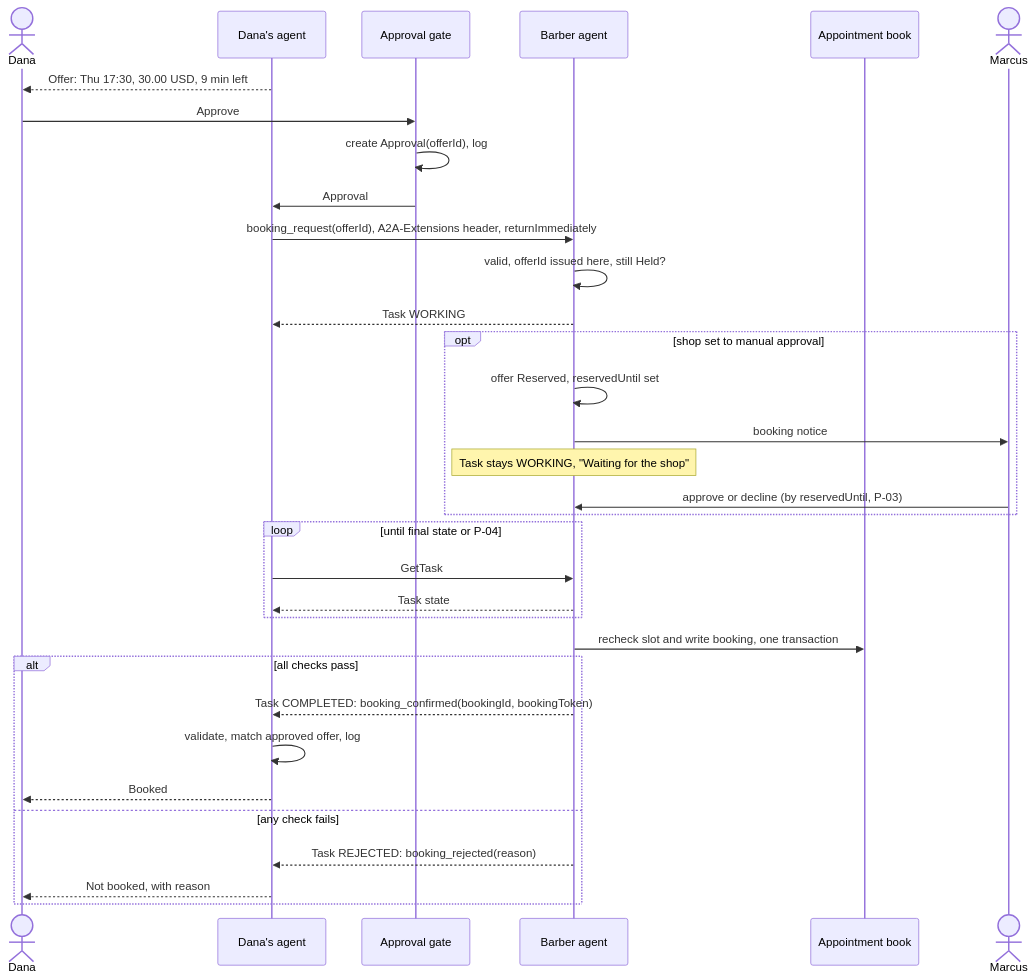
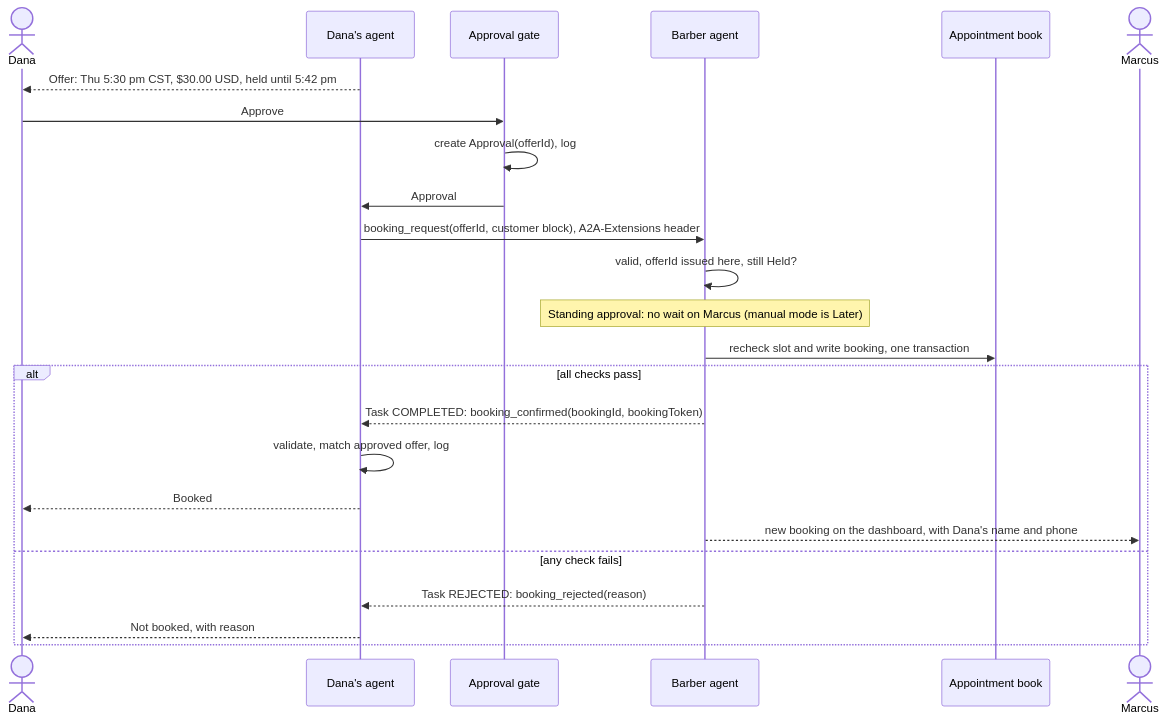
One commit to Jannisar01/hitchpost changed the second of 5 diagrams in docs/sad/06-use-cases.md. Above: the diagram before and after it, drawn with Mermaid. The commit also changed other lines of this file and 23 other files, not shown here.

````diff
--- a/docs/sad/06-use-cases.md
+++ b/docs/sad/06-use-cases.md
@@ -107,36 +108,27 @@
 ```mermaid
 sequenceDiagram
     actor Dana
     participant DA as Dana's agent
     participant Gate as Approval gate
     participant BA as Barber agent
     participant Book as Appointment book
     actor Marcus
 
-    DA-->>Dana: Offer: Thu 17:30, 30.00 USD, 9 min left
+    DA-->>Dana: Offer: Thu 5:30 pm CST, $30.00 USD, held until 5:42 pm
     Dana->>Gate: Approve
     Gate->>Gate: create Approval(offerId), log
     Gate->>DA: Approval
-    DA->>BA: booking_request(offerId), A2A-Extensions header, returnImmediately
+    DA->>BA: booking_request(offerId, customer block), A2A-Extensions header
     BA->>BA: valid, offerId issued here, still Held?
-    BA-->>DA: Task WORKING
-    opt shop set to manual approval
-        BA->>BA: offer Reserved, reservedUntil set
-        BA->>Marcus: booking notice
-        Note over BA: Task stays WORKING, "Waiting for the shop"
-        Marcus->>BA: approve or decline (by reservedUntil, P-03)
-    end
-    loop until final state or P-04
-        DA->>BA: GetTask
-        BA-->>DA: Task state
-    end
+    Note over BA: Standing approval: no wait on Marcus (manual mode is Later)
     BA->>Book: recheck slot and write booking, one transaction
     alt all checks pass
         BA-->>DA: Task COMPLETED: booking_confirmed(bookingId, bookingToken)
         DA->>DA: validate, match approved offer, log
         DA-->>Dana: Booked
+        BA-->>Marcus: new booking on the dashboard, with Dana's name and phone
     else any check fails
         BA-->>DA: Task REJECTED: booking_rejected(reason)
         DA-->>Dana: Not booked, with reason
     end
 ```
````
